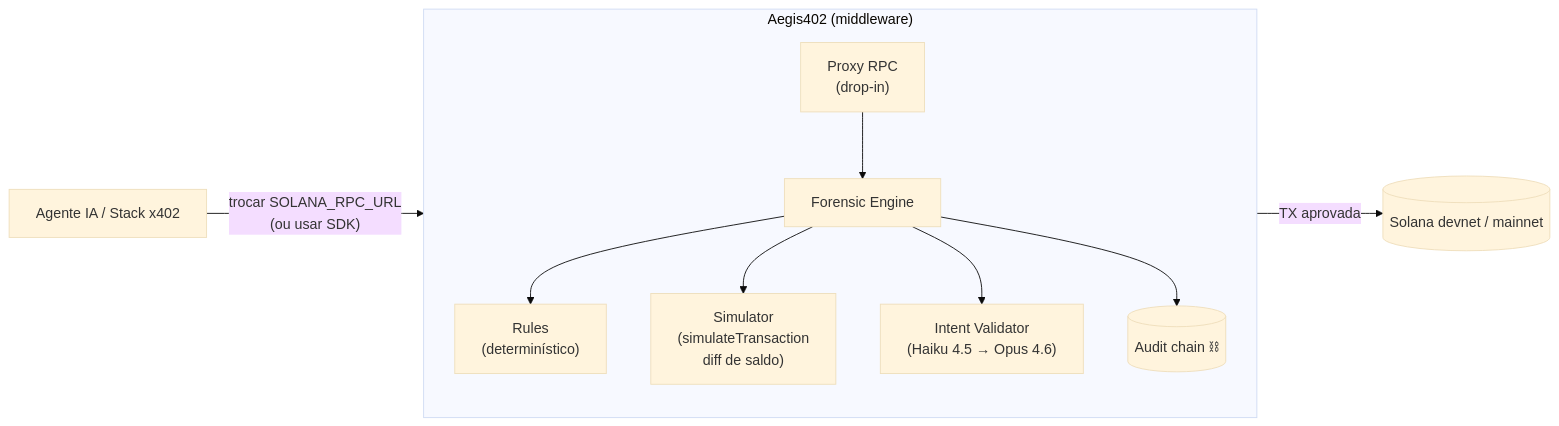
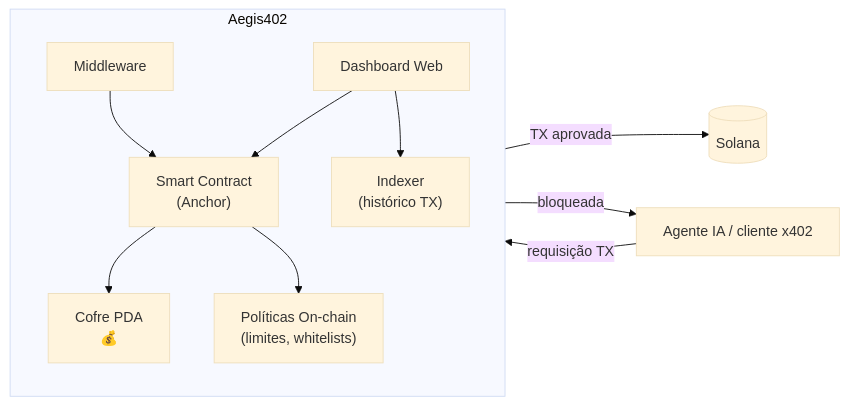
One commit to mvcavalheirojr/aegis402 changed the diagram in README.pt-BR.md. Above: the diagram before and after it, drawn with Mermaid (base theme). The commit also changed other lines of this file and 5 other files, not shown here.

First line of the commit message:
docs: pivot architecture to on-chain PDA vaults with Anchor

````diff
--- a/README.pt-BR.md
+++ b/README.pt-BR.md
@@ -54,13 +57,14 @@
 ```mermaid
 flowchart LR
-    A["Agente IA / Stack x402"] -->|"trocar SOLANA_RPC_URL<br/>(ou usar SDK)"| P
-    subgraph AEGIS["Aegis402 (middleware)"]
+    A["Agente IA / cliente x402"] -->|"requisição TX"| M
+    subgraph AEGIS["Aegis402"]
         direction TB
-        P["Proxy RPC<br/>(drop-in)"] --> E["Forensic Engine"]
-        E --> R["Rules<br/>(determinístico)"]
-        E --> S["Simulator<br/>(simulateTransaction<br/>diff de saldo)"]
-        E --> I["Intent Validator<br/>(Haiku 4.5 → Opus 4.6)"]
-        E --> AU[("Audit chain ⛓")]
+        M["Middleware"] --> SC["Smart Contract\n(Anchor)"]
+        SC --> V["Cofre PDA\n💰"]
+        SC --> P["Políticas On-chain\n(limites, whitelists)"]
+        D["Dashboard Web"] --> SC
+        D --> IDX["Indexer\n(histórico TX)"]
     end
-    P -->|"TX aprovada"| SOL[("Solana devnet / mainnet")]
+    SC -->|"TX aprovada"| SOL[("Solana")]
+    SC -->|"bloqueada"| A
 ```
````
